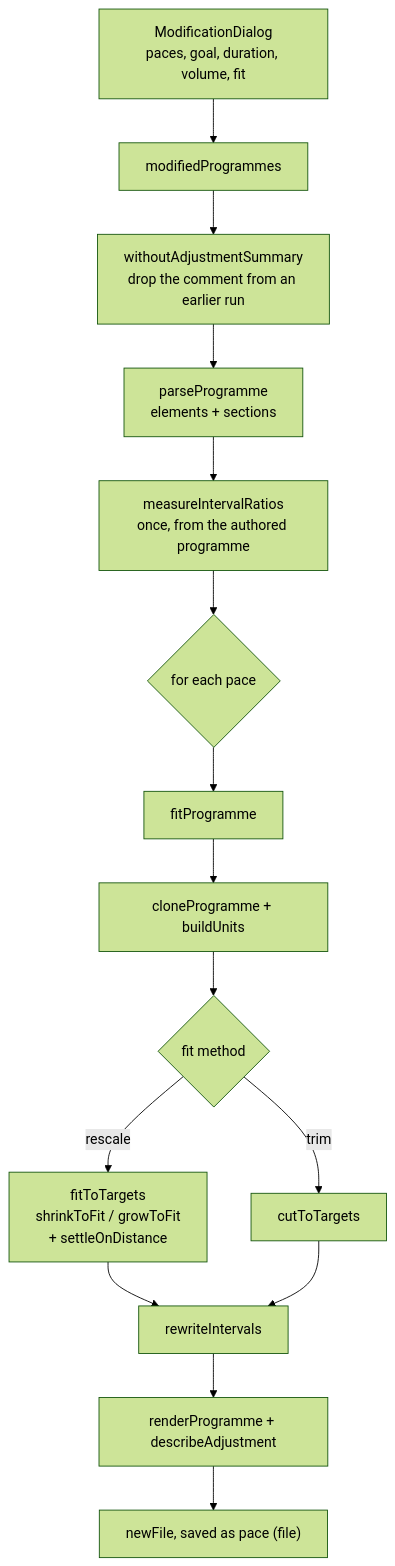
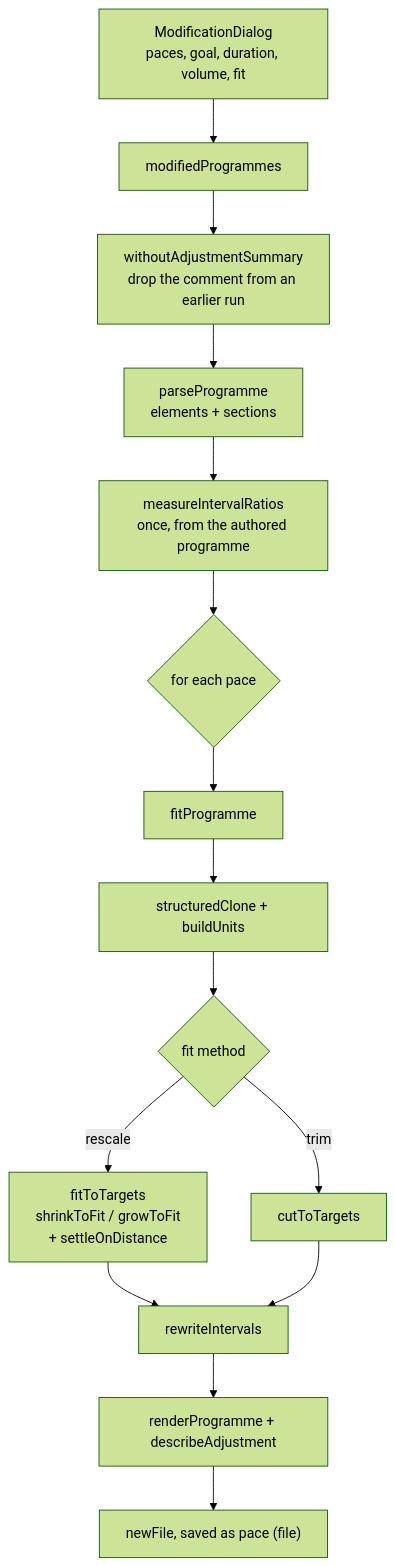
Before and after one commit to bartneck/SwimDsl: the diagram in docs/programme-adjustment.md, drawn with Mermaid (forest theme). The commit also changed other lines of this file and 12 other files, not shown here.

````diff
--- a/docs/programme-adjustment.md
+++ b/docs/programme-adjustment.md
@@ -141,17 +148,17 @@
 ```mermaid
 flowchart TD
     D[ModificationDialog<br/>paces, goal, duration, volume, fit] --> M[modifiedProgrammes]
     M --> S[withoutAdjustmentSummary<br/>drop the comment from an earlier run]
     S --> P[parseProgramme<br/>elements + sections]
     P --> R[measureIntervalRatios<br/>once, from the authored programme]
     R --> L{for each pace}
     L --> F[fitProgramme]
-    F --> C[cloneProgramme + buildUnits]
+    F --> C[structuredClone + buildUnits]
     C --> Q{fit method}
     Q -- rescale --> RS[fitToTargets<br/>shrinkToFit / growToFit<br/>+ settleOnDistance]
     Q -- trim --> TR[cutToTargets]
     RS --> I[rewriteIntervals]
     TR --> I
     I --> O[renderProgramme + describeAdjustment]
     O --> N["newFile, saved as pace (file)"]
 ```
````
